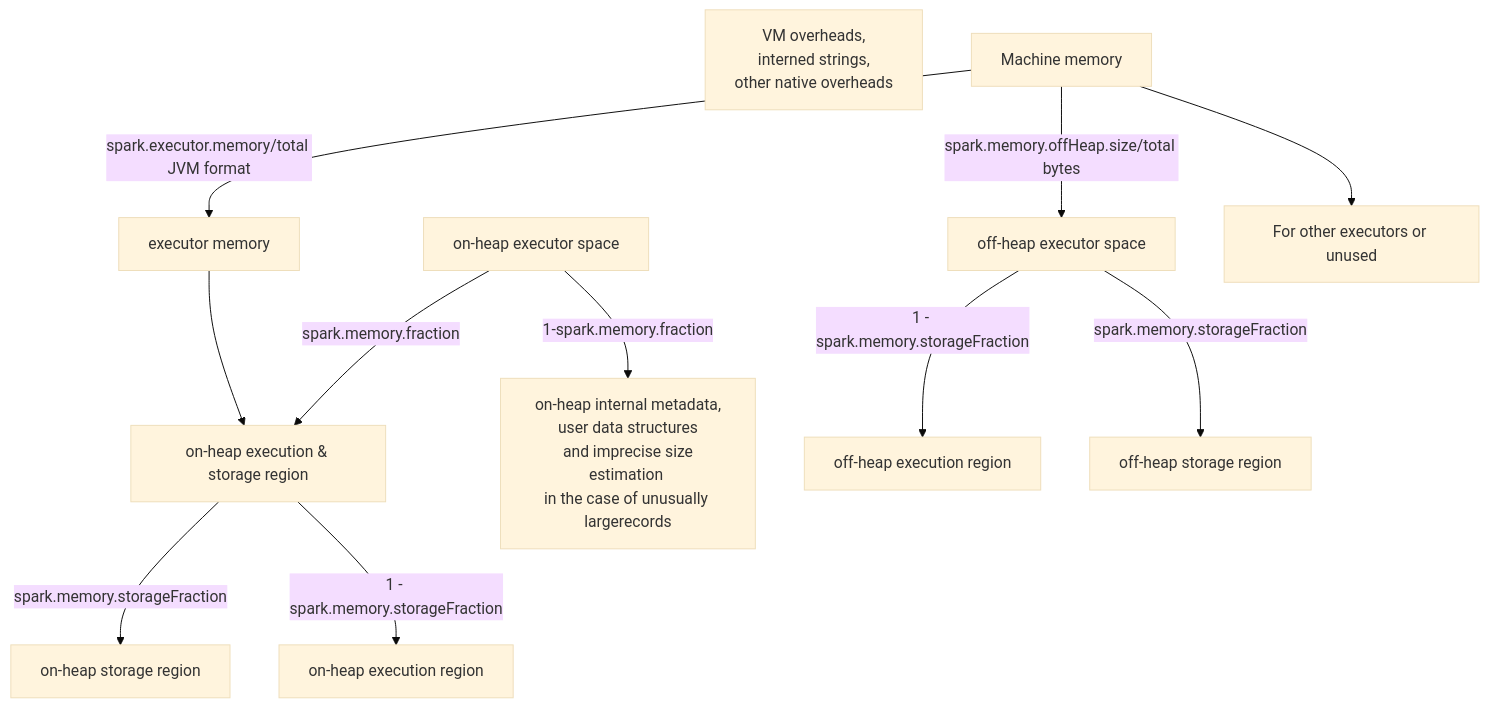
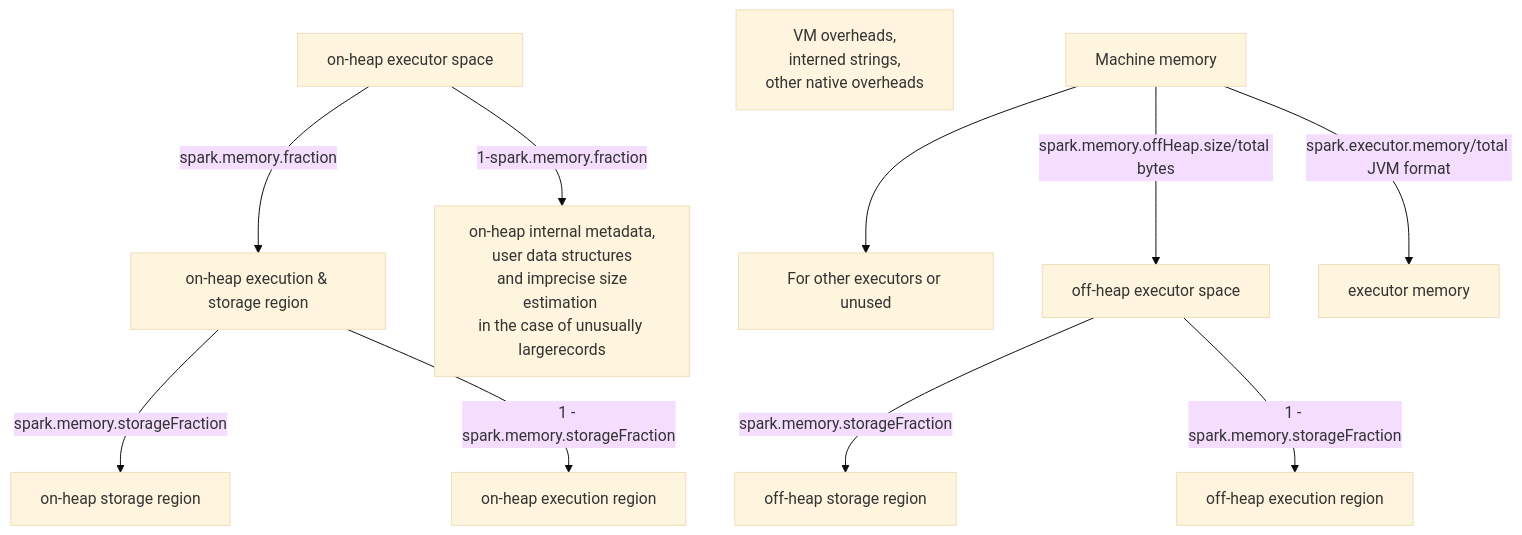
The diagram in spark.md (EnzoBnl/enzobnl), drawn with Mermaid (base theme) before and after one commit. The commit also changed other lines of this file, not shown here.

````diff
--- a/spark.md
+++ b/spark.md
@@ -46,25 +46,25 @@
 ```mermaid
 graph TB
 -4[executor memory]
 -3[VM overheads,<br/> interned strings,<br/>other native overheads]
 -2[For other executors or unused]
 -1[Machine memory]
 0[on-heap execution & storage region]
 1[on-heap executor space]
 2[off-heap executor space]
 3[on-heap execution region]
 4[on-heap storage region]
 33[off-heap execution region]
 44[off-heap storage region]
 5[on-heap internal metadata,<br/>user data structures<br/> and imprecise size estimation <br/>in the case of unusually largerecords]
 -1 --> -2
 -1--spark.memory.offHeap.size/total bytes-->2
 -1--spark.executor.memory/total JVM format-->-4
--4 --> 0
+
 1 --spark.memory.fraction-->0
 1 --1-spark.memory.fraction-->5
 0 -- spark.memory.storageFraction--> 4
 0 --1 - spark.memory.storageFraction--> 3
 2 -- spark.memory.storageFraction--> 44
 2 --1 - spark.memory.storageFraction--> 33
 ```
````
